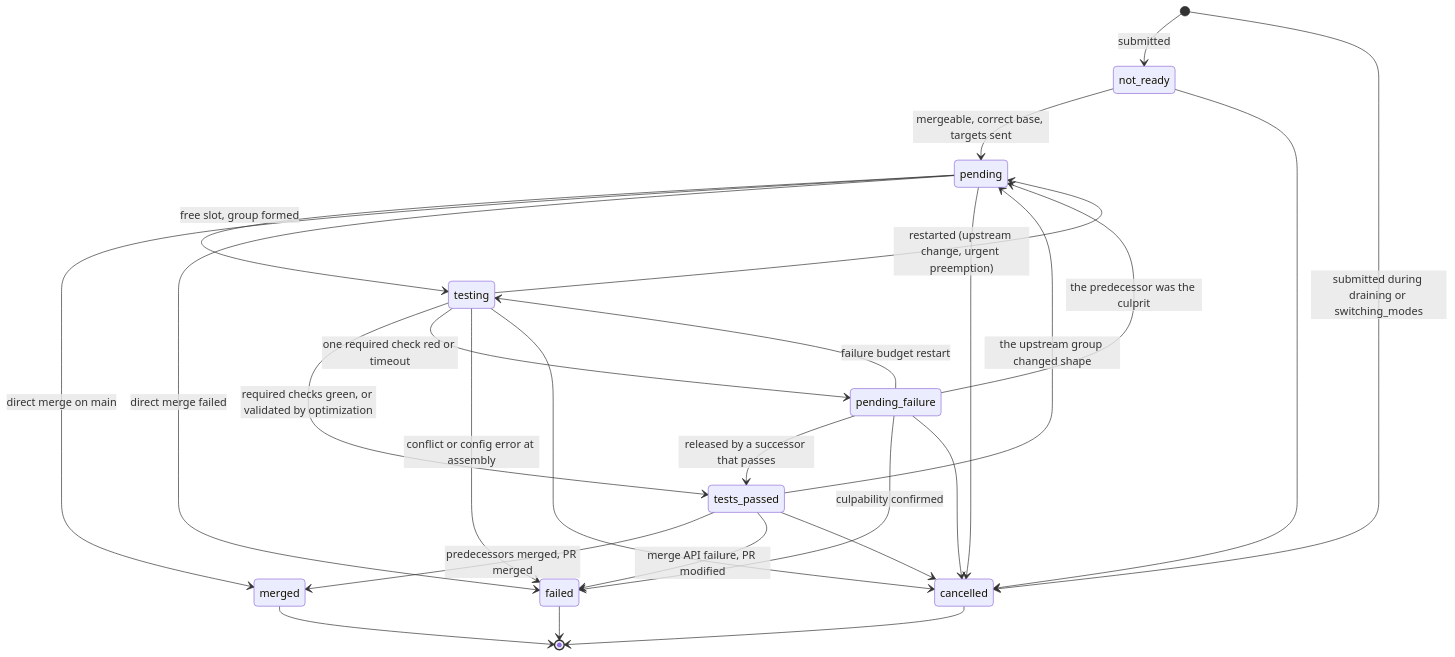
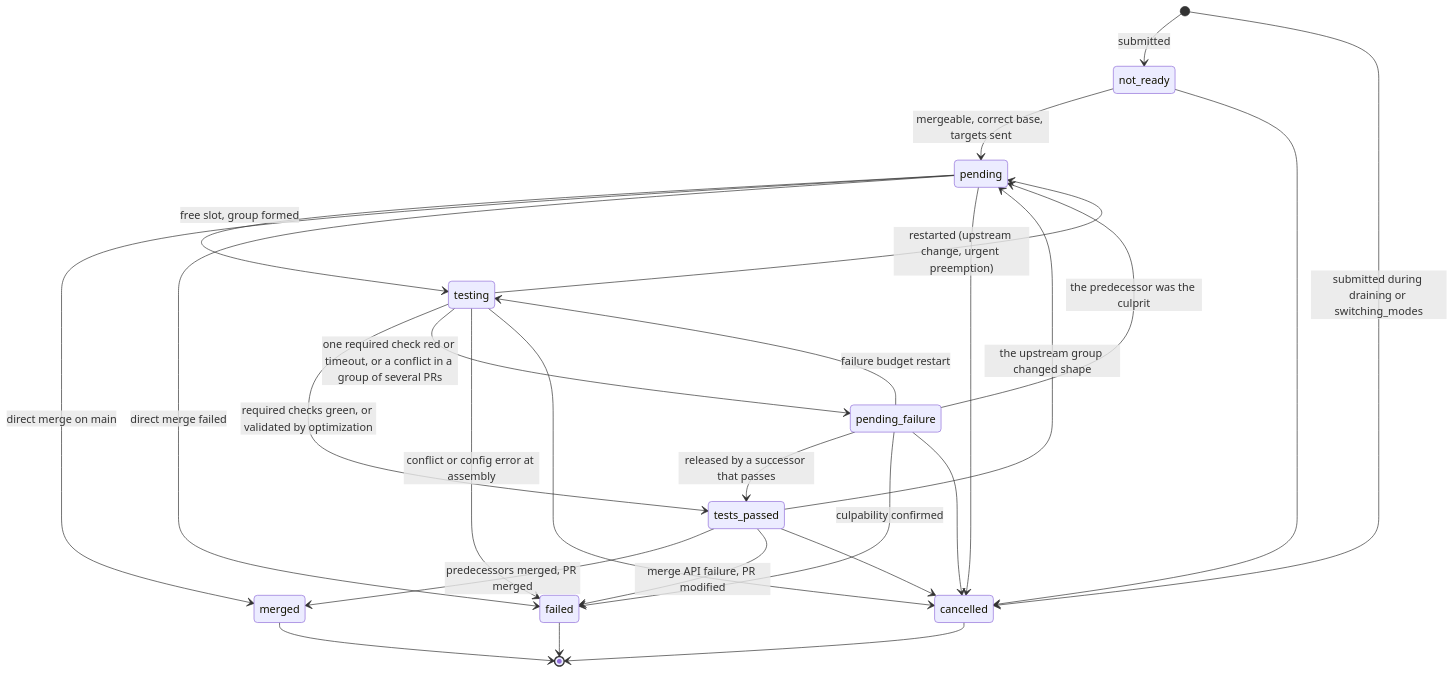
The diagram in docs/DOMAIN.md (getcihub/cihub), drawn with Mermaid before and after one commit. The commit also changed other lines of this file and 21 other files, not shown here.

````diff
--- a/docs/DOMAIN.md
+++ b/docs/DOMAIN.md
@@ -59,28 +59,28 @@
 ```mermaid
 stateDiagram-v2
   [*] --> not_ready: submitted
   [*] --> cancelled: submitted during draining or switching_modes
   not_ready --> pending: mergeable, correct base, targets sent
   pending --> testing: free slot, group formed
   pending --> merged: direct merge on main
   pending --> failed: direct merge failed
   testing --> tests_passed: required checks green, or validated by optimization
-  testing --> pending_failure: one required check red or timeout
+  testing --> pending_failure: one required check red or timeout, or a conflict in a group of several PRs
   testing --> failed: conflict or config error at assembly
   testing --> pending: restarted (upstream change, urgent preemption)
   pending_failure --> pending: the predecessor was the culprit
   pending_failure --> testing: failure budget restart
   pending_failure --> tests_passed: released by a successor that passes
   pending_failure --> failed: culpability confirmed
   tests_passed --> merged: predecessors merged, PR merged
   tests_passed --> pending: the upstream group changed shape
   tests_passed --> failed: merge API failure, PR modified
   not_ready --> cancelled
   pending --> cancelled
   testing --> cancelled
   pending_failure --> cancelled
   tests_passed --> cancelled
   merged --> [*]
   failed --> [*]
   cancelled --> [*]
 ```
````
